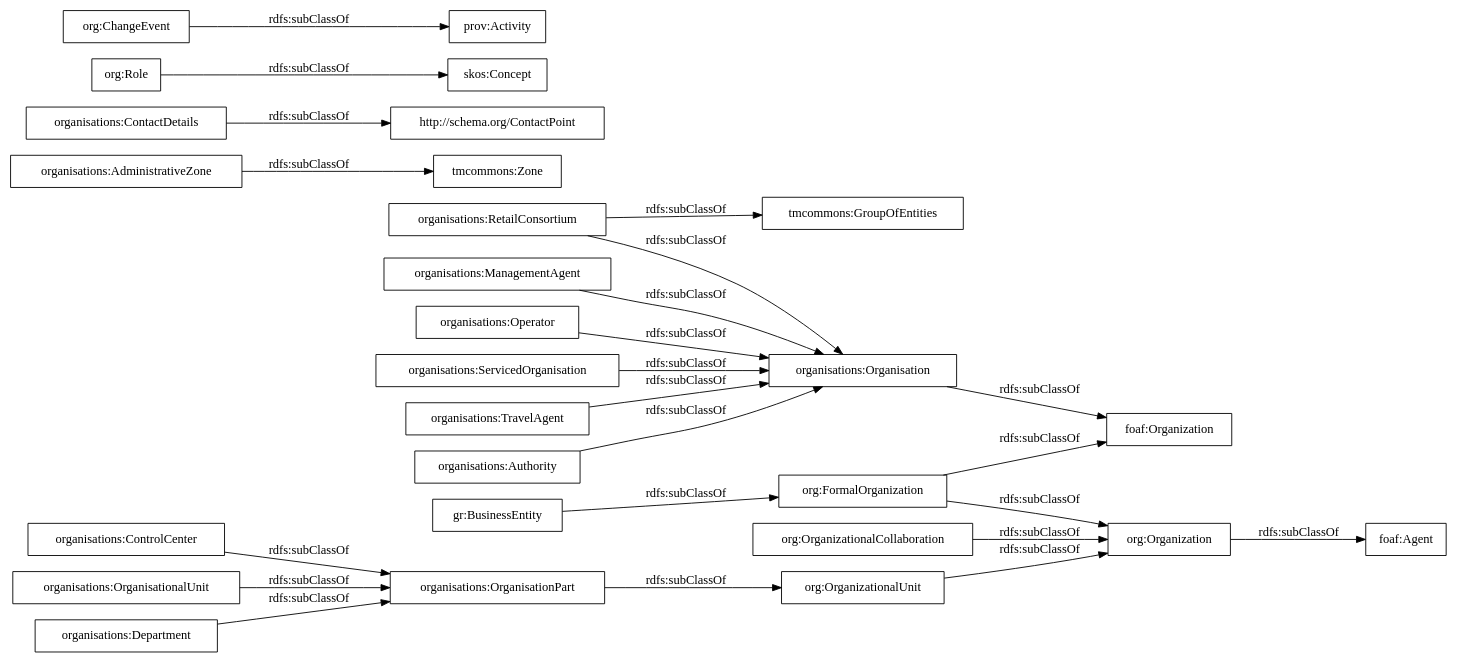
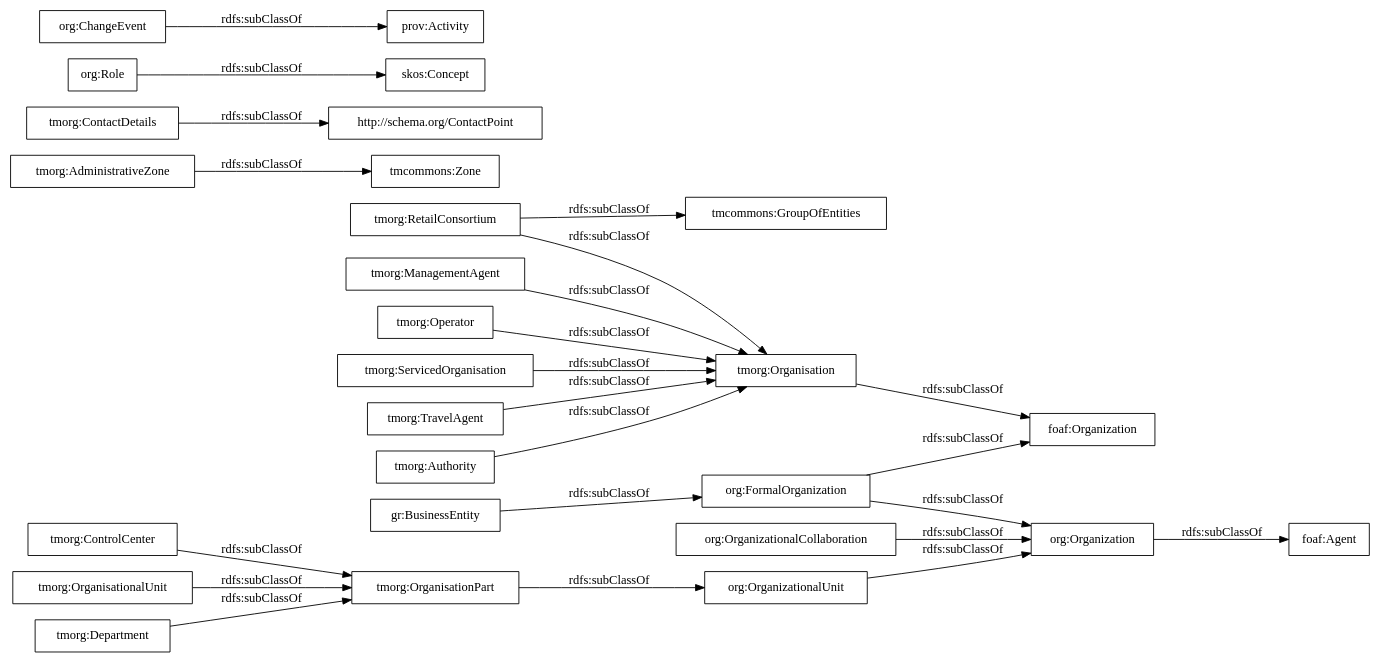
One commit to oeg-upm/transmodel-ontology changed the diagram in OnToology/ontology/tm-organisations.owl/diagrams/ar2dtool-taxonomy/tm-organisations.owl.png.dot. Above: the diagram before and after it, drawn with Graphviz. The commit also changed 10 other files, not shown here.

```diff
--- a/OnToology/ontology/tm-organisations.owl/diagrams/ar2dtool-taxonomy/tm-organisations.owl.png.dot
+++ b/OnToology/ontology/tm-organisations.owl/diagrams/ar2dtool-taxonomy/tm-organisations.owl.png.dot
@@ -1,28 +1,28 @@
 digraph ar2dtool_diagram { 
 rankdir=LR;
 size="1000"
-node [shape = rectangle, color="black"]; "organisations:Operator" "organisations:ServicedOrganisation" "organisations:ControlCenter" "organisations:AdministrativeZone" "http://schema.org/ContactPoint" "organisations:Organisation" "organisations:OrganisationPart" "organisations:OrganisationalUnit" "organisations:Department" "organisations:TravelAgent" "organisations:RetailConsortium" "organisations:ManagementAgent" "organisations:ContactDetails" "tmcommons:GroupOfEntities" "tmcommons:Zone" "foaf:Organization" "skos:Concept" "organisations:Authority" "org:OrganizationalUnit" "org:FormalOrganization" "org:OrganizationalCollaboration" "org:Organization" "org:Role" "org:ChangeEvent" ; /*classes style*/
+node [shape = rectangle, color="black"]; "tmorg:Operator" "tmorg:ServicedOrganisation" "tmorg:ControlCenter" "tmorg:AdministrativeZone" "http://schema.org/ContactPoint" "tmorg:Organisation" "tmorg:OrganisationPart" "tmorg:OrganisationalUnit" "tmorg:Department" "tmorg:TravelAgent" "tmorg:RetailConsortium" "tmorg:ManagementAgent" "tmorg:ContactDetails" "tmcommons:GroupOfEntities" "tmcommons:Zone" "foaf:Organization" "skos:Concept" "tmorg:Authority" "org:OrganizationalUnit" "org:FormalOrganization" "org:OrganizationalCollaboration" "org:Organization" "org:Role" "org:ChangeEvent" ; /*classes style*/
 	"org:OrganizationalUnit" -> "org:Organization" [ label = "rdfs:subClassOf" ];
-	"organisations:AdministrativeZone" -> "tmcommons:Zone" [ label = "rdfs:subClassOf" ];
-	"organisations:Authority" -> "organisations:Organisation" [ label = "rdfs:subClassOf" ];
+	"tmorg:AdministrativeZone" -> "tmcommons:Zone" [ label = "rdfs:subClassOf" ];
+	"tmorg:Authority" -> "tmorg:Organisation" [ label = "rdfs:subClassOf" ];
 	"org:Role" -> "skos:Concept" [ label = "rdfs:subClassOf" ];
-	"organisations:OrganisationPart" -> "org:OrganizationalUnit" [ label = "rdfs:subClassOf" ];
-	"organisations:ContactDetails" -> "http://schema.org/ContactPoint" [ label = "rdfs:subClassOf" ];
-	"organisations:ServicedOrganisation" -> "organisations:Organisation" [ label = "rdfs:subClassOf" ];
-	"organisations:Department" -> "organisations:OrganisationPart" [ label = "rdfs:subClassOf" ];
-	"organisations:TravelAgent" -> "organisations:Organisation" [ label = "rdfs:subClassOf" ];
+	"tmorg:OrganisationPart" -> "org:OrganizationalUnit" [ label = "rdfs:subClassOf" ];
+	"tmorg:ContactDetails" -> "http://schema.org/ContactPoint" [ label = "rdfs:subClassOf" ];
+	"tmorg:ServicedOrganisation" -> "tmorg:Organisation" [ label = "rdfs:subClassOf" ];
+	"tmorg:Department" -> "tmorg:OrganisationPart" [ label = "rdfs:subClassOf" ];
+	"tmorg:TravelAgent" -> "tmorg:Organisation" [ label = "rdfs:subClassOf" ];
 	"org:Organization" -> "foaf:Agent" [ label = "rdfs:subClassOf" ];
-	"organisations:ManagementAgent" -> "organisations:Organisation" [ label = "rdfs:subClassOf" ];
-	"organisations:ControlCenter" -> "organisations:OrganisationPart" [ label = "rdfs:subClassOf" ];
+	"tmorg:ManagementAgent" -> "tmorg:Organisation" [ label = "rdfs:subClassOf" ];
+	"tmorg:ControlCenter" -> "tmorg:OrganisationPart" [ label = "rdfs:subClassOf" ];
 	"org:ChangeEvent" -> "prov:Activity" [ label = "rdfs:subClassOf" ];
-	"organisations:Operator" -> "organisations:Organisation" [ label = "rdfs:subClassOf" ];
-	"organisations:RetailConsortium" -> "organisations:Organisation" [ label = "rdfs:subClassOf" ];
-	"organisations:RetailConsortium" -> "tmcommons:GroupOfEntities" [ label = "rdfs:subClassOf" ];
+	"tmorg:Operator" -> "tmorg:Organisation" [ label = "rdfs:subClassOf" ];
+	"tmorg:RetailConsortium" -> "tmorg:Organisation" [ label = "rdfs:subClassOf" ];
+	"tmorg:RetailConsortium" -> "tmcommons:GroupOfEntities" [ label = "rdfs:subClassOf" ];
 	"org:FormalOrganization" -> "org:Organization" [ label = "rdfs:subClassOf" ];
 	"org:FormalOrganization" -> "foaf:Organization" [ label = "rdfs:subClassOf" ];
 	"gr:BusinessEntity" -> "org:FormalOrganization" [ label = "rdfs:subClassOf" ];
-	"organisations:Organisation" -> "foaf:Organization" [ label = "rdfs:subClassOf" ];
+	"tmorg:Organisation" -> "foaf:Organization" [ label = "rdfs:subClassOf" ];
 	"org:OrganizationalCollaboration" -> "org:Organization" [ label = "rdfs:subClassOf" ];
-	"organisations:OrganisationalUnit" -> "organisations:OrganisationPart" [ label = "rdfs:subClassOf" ];
+	"tmorg:OrganisationalUnit" -> "tmorg:OrganisationPart" [ label = "rdfs:subClassOf" ];
 
 }
```
